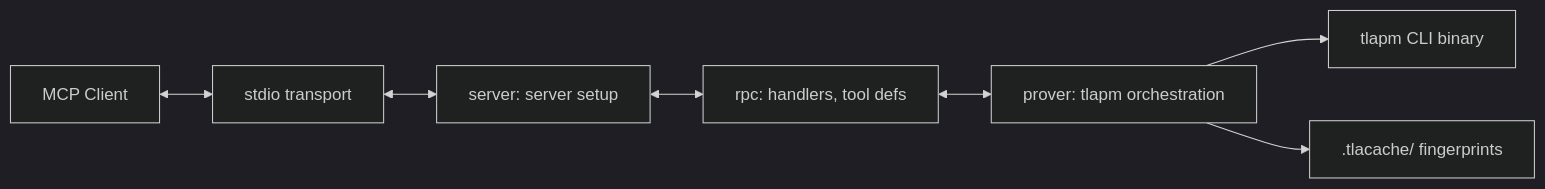
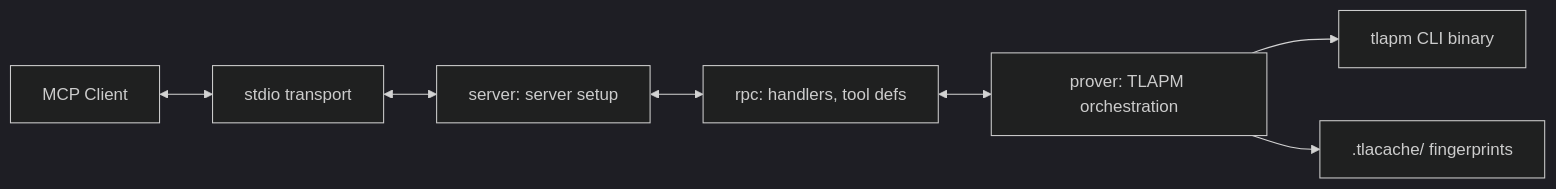
One commit to marco6/tlapm-mcp changed the diagram in internal/AGENTS.md. Above: the diagram before and after it, drawn with Mermaid (dark theme). The commit also changed other lines of this file and 12 other files, not shown here.

````diff
--- a/internal/AGENTS.md
+++ b/internal/AGENTS.md
@@ -17,9 +17,9 @@
 ```mermaid
 flowchart LR
     Client["MCP Client"] <--> Stdio["stdio transport"]
     Stdio <--> Server["server: server setup"]
     Server <--> RPC["rpc: handlers, tool defs"]
-    RPC <--> Prover["prover: tlapm orchestration"]
+    RPC <--> Prover["prover: TLAPM orchestration"]
     Prover --> tlapm["tlapm CLI binary"]
     Prover --> FP[".tlacache/ fingerprints"]
 ```
````
